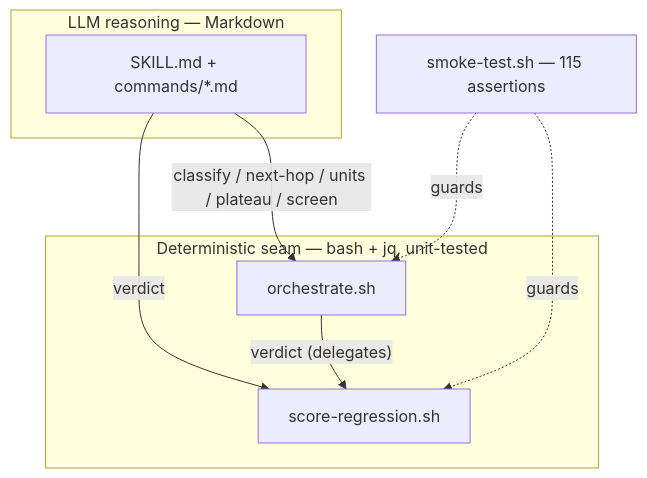
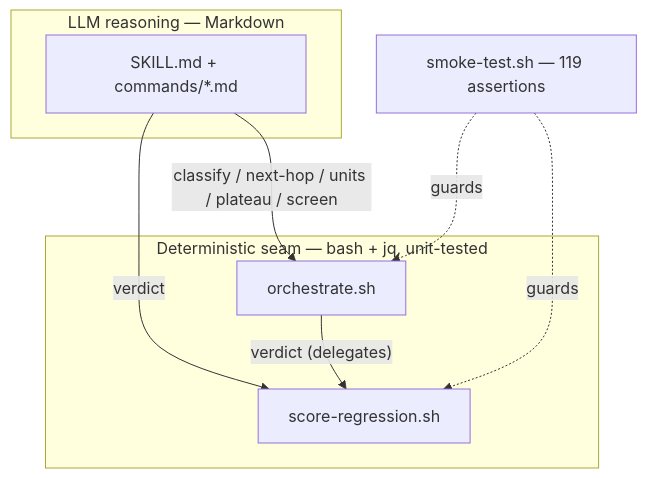
Before and after one commit to 0xTanzim/smartautoresearch: the first of 10 diagrams in ARCHITECTURE.md, drawn with Mermaid. The commit also changed other lines of this file and 8 other files, not shown here.

````diff
--- a/ARCHITECTURE.md
+++ b/ARCHITECTURE.md
@@ -33,15 +33,15 @@
 ```mermaid
 flowchart TB
     subgraph "LLM reasoning — Markdown"
         SK["SKILL.md + commands/*.md"]
     end
     subgraph "Deterministic seam — bash + jq, unit-tested"
         OR["orchestrate.sh"]
         SR["score-regression.sh"]
     end
     SK -->|"classify / next-hop / units / plateau / screen"| OR
     SK -->|"verdict"| SR
     OR -->|"verdict (delegates)"| SR
-    SEAMTEST["smoke-test.sh — 115 assertions"] -.->|guards| OR
+    SEAMTEST["smoke-test.sh — 119 assertions"] -.->|guards| OR
     SEAMTEST -.->|guards| SR
 ```
````
